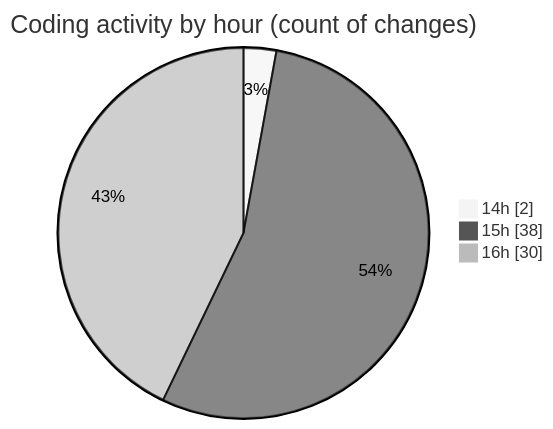
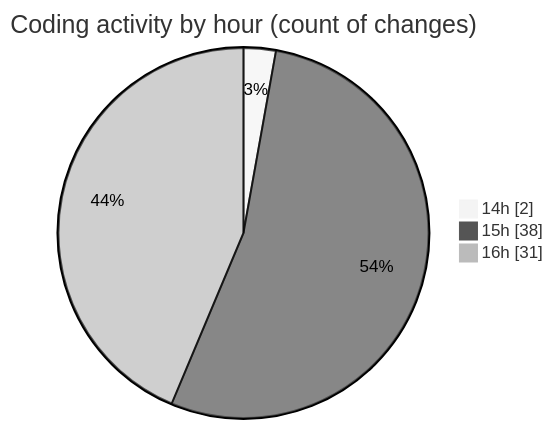
Before and after one commit to momahboobian/code-tracking: the second of 2 diagrams in 2026-07-15/cda/README.md, drawn with Mermaid (neutral theme). The commit also changed other lines of this file and 1 other file, not shown here.

````diff
--- a/2026-07-15/cda/README.md
+++ b/2026-07-15/cda/README.md
@@ -62,7 +62,7 @@
 ```mermaid
 pie showData
 title Coding activity by hour (count of changes)
 "14h" : 2
 "15h" : 38
-"16h" : 30
+"16h" : 31
 ```
````
